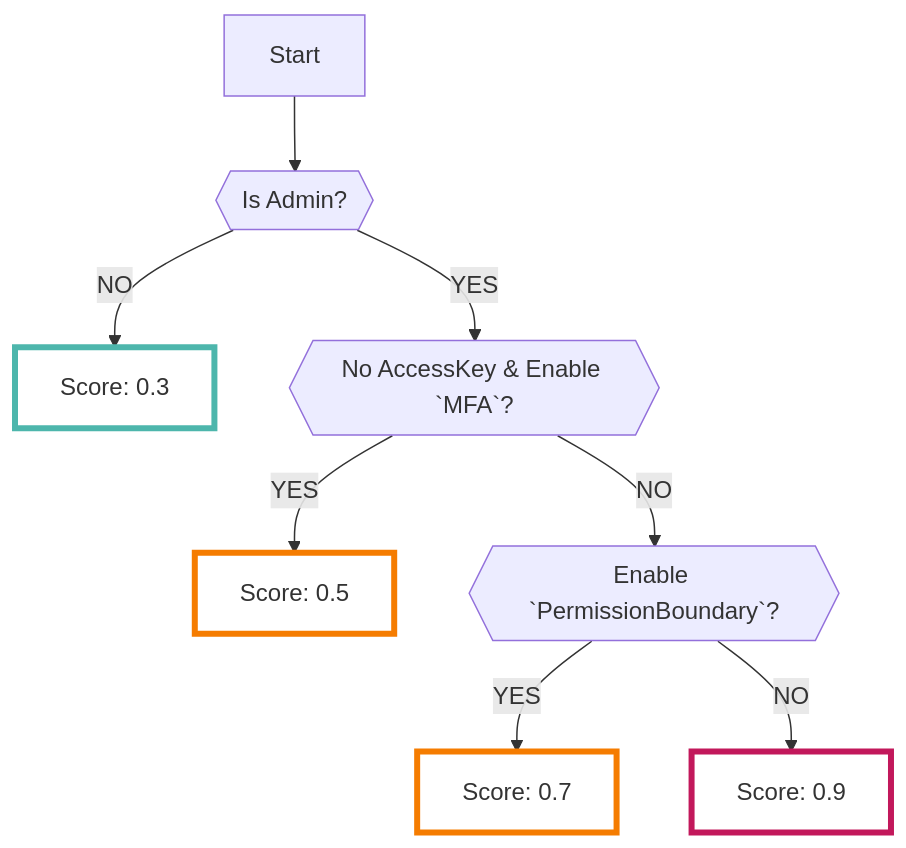
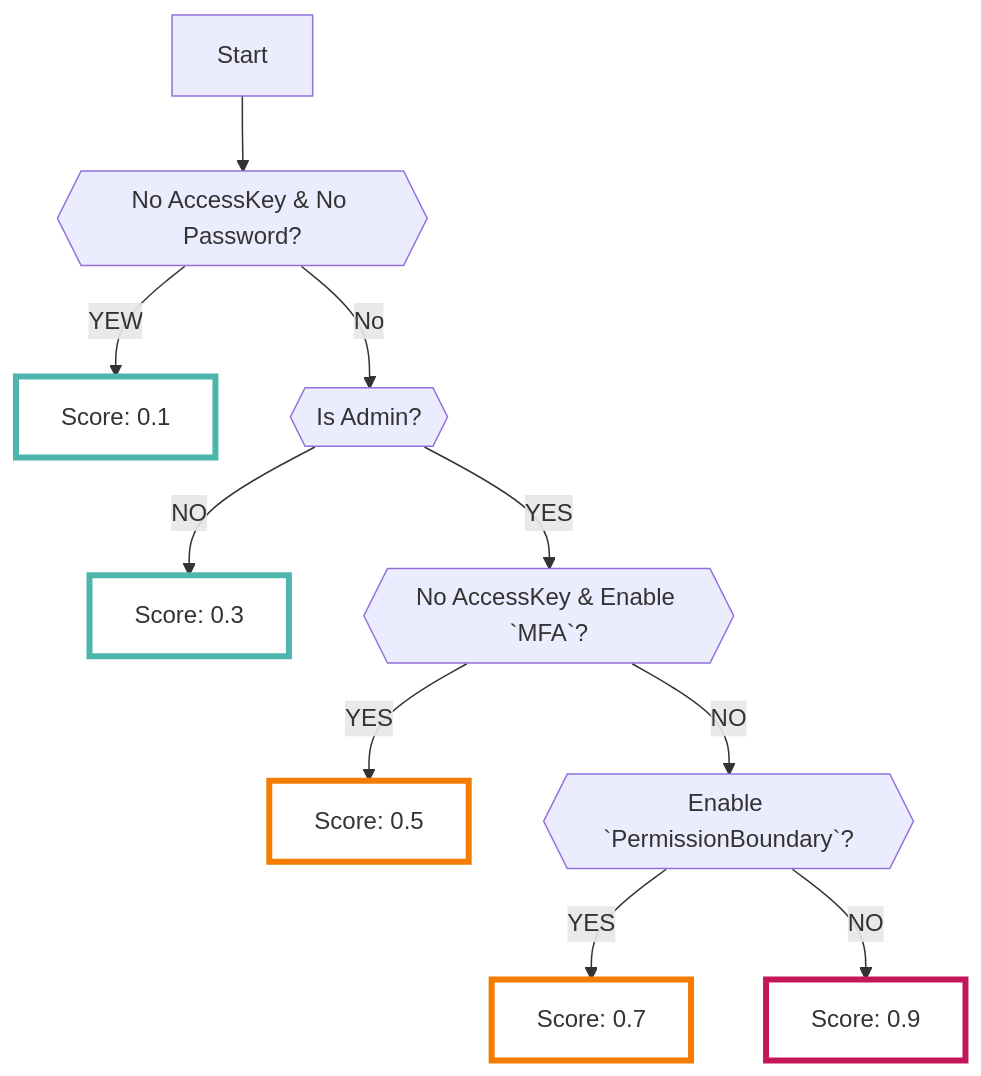
The first of 2 diagrams in docs/aws/adminchecker.en.md (ca-risken/doc), drawn with Mermaid before and after one commit. The commit also changed 1 other file, not shown here.

Commit message:
fix: admin-checker score

````diff
--- a/docs/aws/adminchecker.en.md
+++ b/docs/aws/adminchecker.en.md
@@ -60,13 +60,15 @@
 ```mermaid
 graph TD
-    A[Start] --> B{{Is Admin?}};
-    B -->|NO| C[Score: 0.3]:::low;
-    B -->|YES| D{{No AccessKey & Enable `MFA`?}};
-    D -->|YES| E[Score: 0.5]:::mid;
-    D -->|NO| F{{Enable `PermissionBoundary`?}};
-    F -->|YES| G[Score: 0.7]:::mid;
-    F -->|NO| H[Score: 0.9]:::high;
+    A[Start] --> B{{No AccessKey & No Password?}};
+    B -->|YEW| C[Score: 0.1]:::low;
+    B -->|No| D{{Is Admin?}};
+    D -->|NO| E[Score: 0.3]:::low;
+    D -->|YES| F{{No AccessKey & Enable `MFA`?}};
+    F -->|YES| G[Score: 0.5]:::mid;
+    F -->|NO| H{{Enable `PermissionBoundary`?}};
+    H -->|YES| I[Score: 0.7]:::mid;
+    H -->|NO| J[Score: 0.9]:::high;
     classDef high fill:#FFFFFF,stroke:#C2185B,stroke-width:4px;
     classDef mid fill:#FFFFFF,stroke:#F57C00,stroke-width:4px;
     classDef low fill:#FFFFFF,stroke:#4DB6AC,stroke-width:4px;
 ```
````
